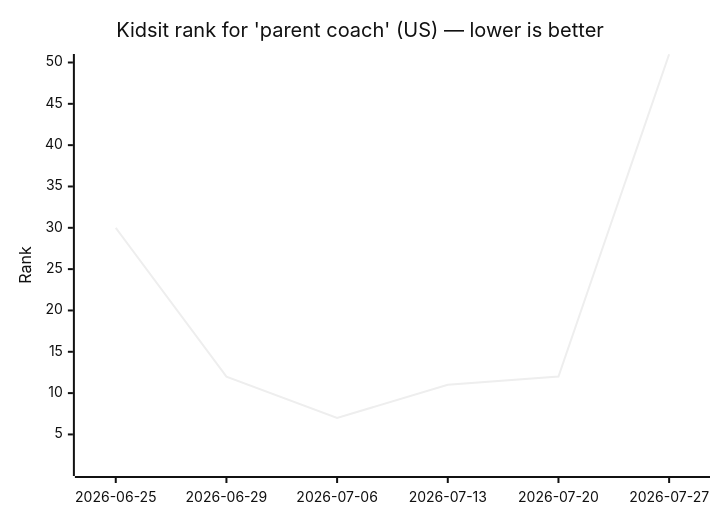
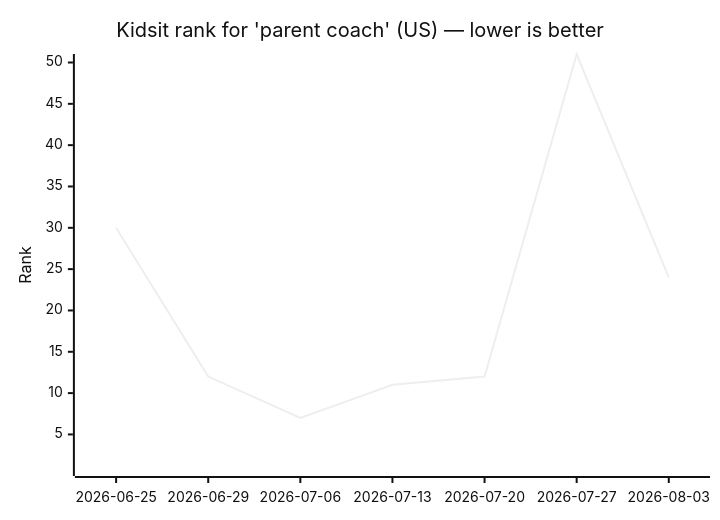
Before and after one commit to omer72/aso-tool: the diagram in scout-log.md, drawn with Mermaid (neutral theme). The commit also changed other lines of this file, not shown here.

````diff
--- a/scout-log.md
+++ b/scout-log.md
@@ -8,7 +8,7 @@
 ```mermaid
 xychart-beta
     title "Kidsit rank for 'parent coach' (US) — lower is better"
-    x-axis ["2026-06-25", "2026-06-29", "2026-07-06", "2026-07-13", "2026-07-20", "2026-07-27"]
+    x-axis ["2026-06-25", "2026-06-29", "2026-07-06", "2026-07-13", "2026-07-20", "2026-07-27", "2026-08-03"]
     y-axis "Rank" 1 --> 50
-    line [30, 12, 7, 11, 12, 51]
+    line [30, 12, 7, 11, 12, 51, 24]
 ```
````
